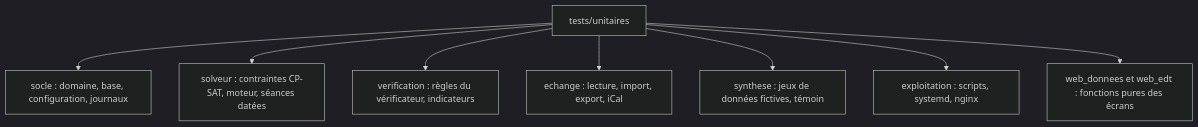
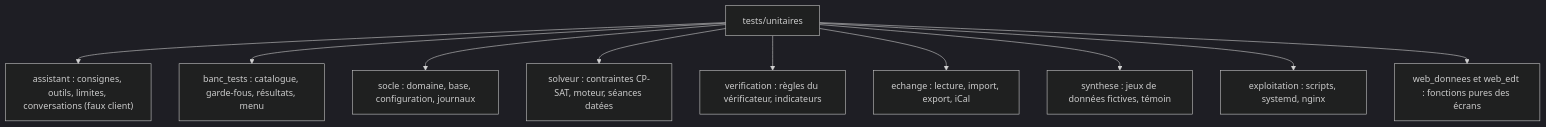
Before and after one commit to Maki882/projet-edt: the second of 2 diagrams in tests/unitaires/README.md, drawn with Mermaid (dark theme). The commit also changed other lines of this file and 3 other files, not shown here.

````diff
--- a/tests/unitaires/README.md
+++ b/tests/unitaires/README.md
@@ -36,11 +36,13 @@
 ```mermaid
 flowchart TD
     U["tests/unitaires"]
+    U --> AS["assistant : consignes, outils, limites, conversations (faux client)"]
+    U --> BT["banc_tests : catalogue, garde-fous, résultats, menu"]
     U --> S["socle : domaine, base, configuration, journaux"]
     U --> SO["solveur : contraintes CP-SAT, moteur, séances datées"]
     U --> V["verification : règles du vérificateur, indicateurs"]
     U --> E["echange : lecture, import, export, iCal"]
     U --> SY["synthese : jeux de données fictives, témoin"]
     U --> X["exploitation : scripts, systemd, nginx"]
     U --> W["web_donnees et web_edt : fonctions pures des écrans"]
 ```
````
